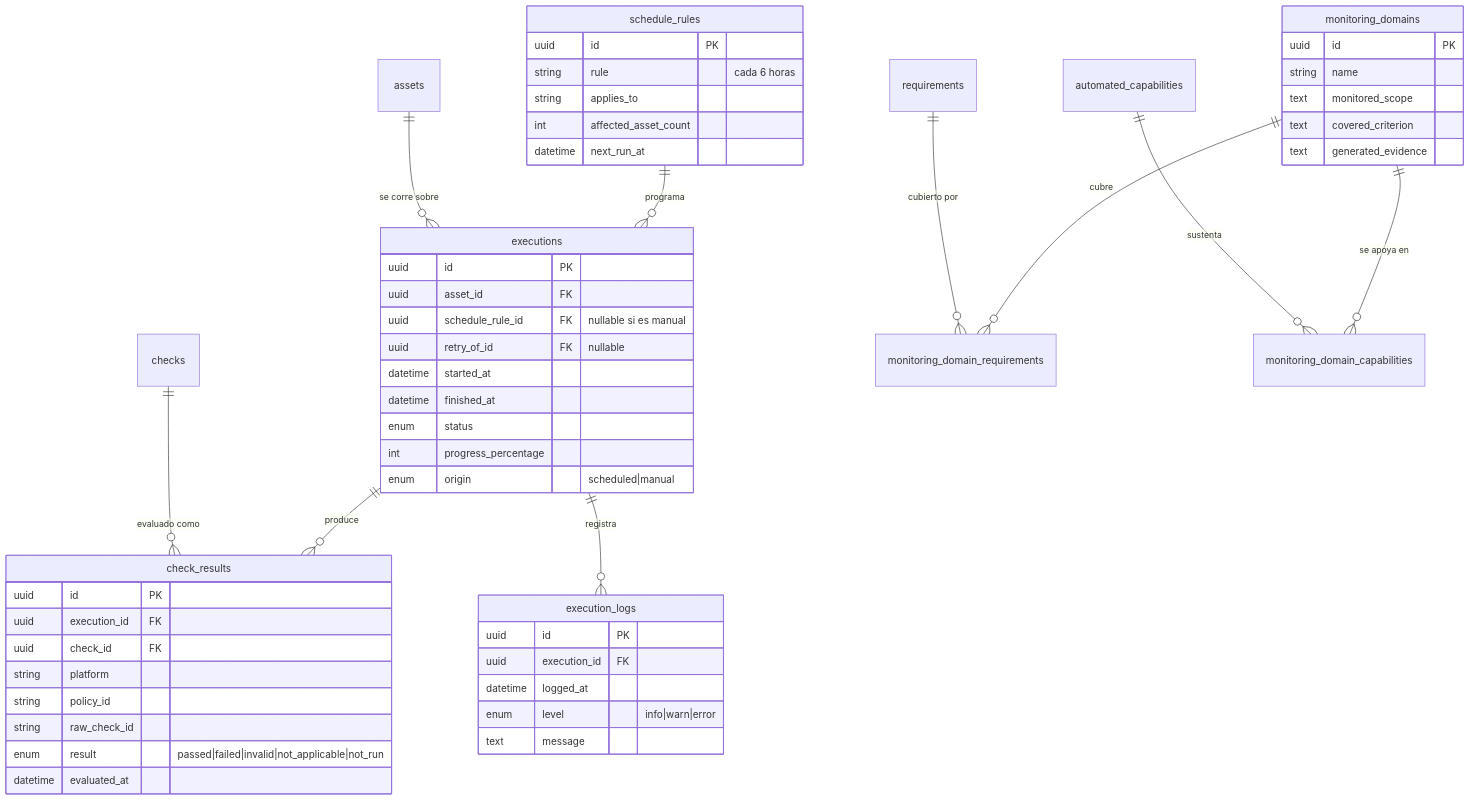
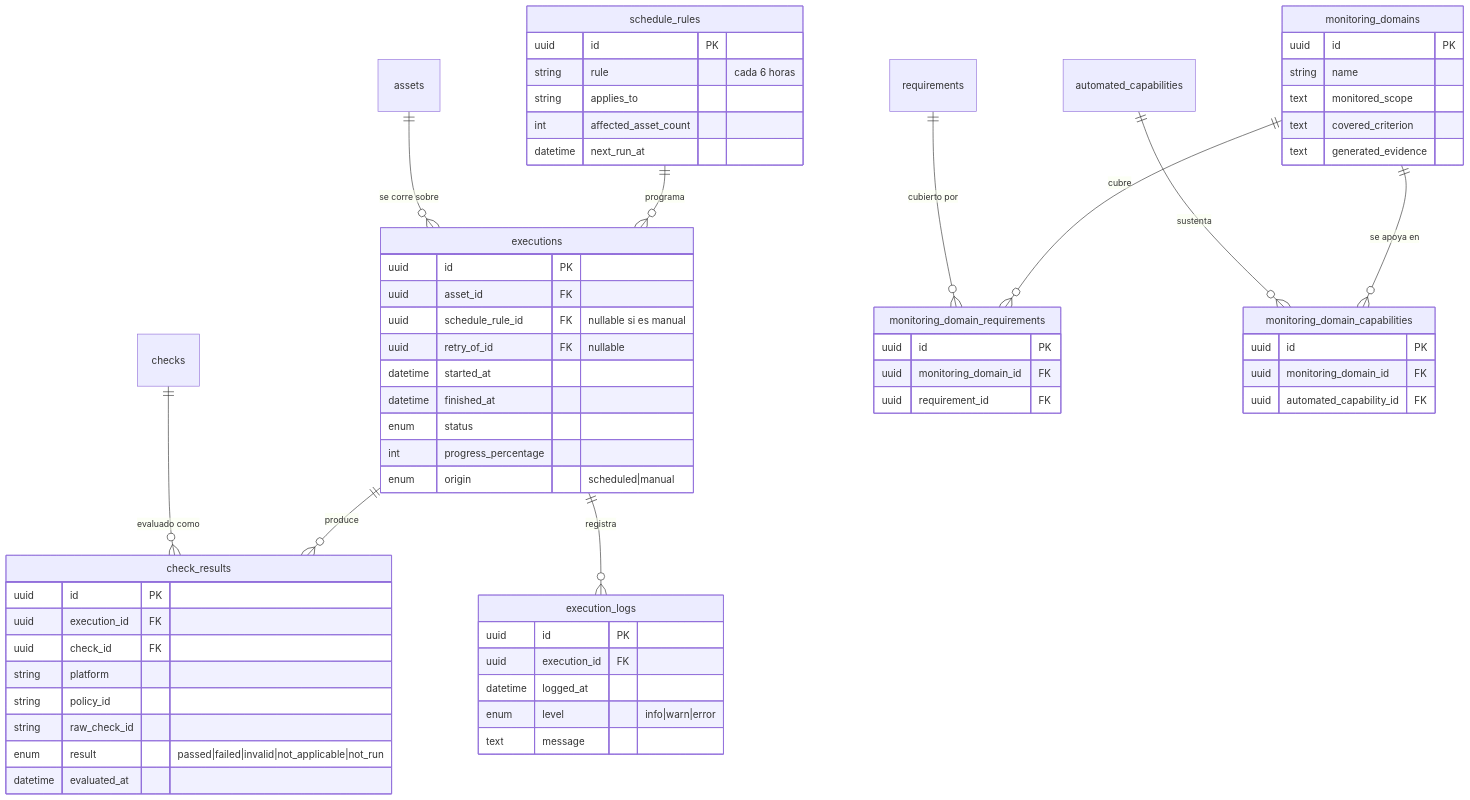
Diagram 15 of 16 in skills/product/monkey-compliance-council/references/modelo-datos.md (Monkey-GRC/Monkey-Brain-IA), drawn with Mermaid before and after one commit. The commit also changed other lines of this file and 12 other files, not shown here.

````diff
--- a/skills/product/monkey-compliance-council/references/modelo-datos.md
+++ b/skills/product/monkey-compliance-council/references/modelo-datos.md
@@ -1609,54 +1671,64 @@
 ```mermaid
 erDiagram
     schedule_rules {
         uuid id PK
         string rule "cada 6 horas"
         string applies_to
         int affected_asset_count
         datetime next_run_at
     }
     executions {
         uuid id PK
         uuid asset_id FK
         uuid schedule_rule_id FK "nullable si es manual"
         uuid retry_of_id FK "nullable"
         datetime started_at
         datetime finished_at
         enum status
         int progress_percentage
         enum origin "scheduled|manual"
     }
     check_results {
         uuid id PK
         uuid execution_id FK
         uuid check_id FK
         string platform
         string policy_id
         string raw_check_id
         enum result "passed|failed|invalid|not_applicable|not_run"
         datetime evaluated_at
     }
     execution_logs {
         uuid id PK
         uuid execution_id FK
         datetime logged_at
         enum level "info|warn|error"
         text message
     }
     monitoring_domains {
         uuid id PK
         string name
         text monitored_scope
         text covered_criterion
         text generated_evidence
     }
     schedule_rules ||--o{ executions : "programa"
     assets ||--o{ executions : "se corre sobre"
     executions ||--o{ check_results : "produce"
     executions ||--o{ execution_logs : "registra"
     checks ||--o{ check_results : "evaluado como"
+    monitoring_domain_requirements {
+        uuid id PK
+        uuid monitoring_domain_id FK
+        uuid requirement_id FK
+    }
+    monitoring_domain_capabilities {
+        uuid id PK
+        uuid monitoring_domain_id FK
+        uuid automated_capability_id FK
+    }
     monitoring_domains ||--o{ monitoring_domain_requirements : "cubre"
     requirements ||--o{ monitoring_domain_requirements : "cubierto por"
     monitoring_domains ||--o{ monitoring_domain_capabilities : "se apoya en"
     automated_capabilities ||--o{ monitoring_domain_capabilities : "sustenta"
 ```
````
